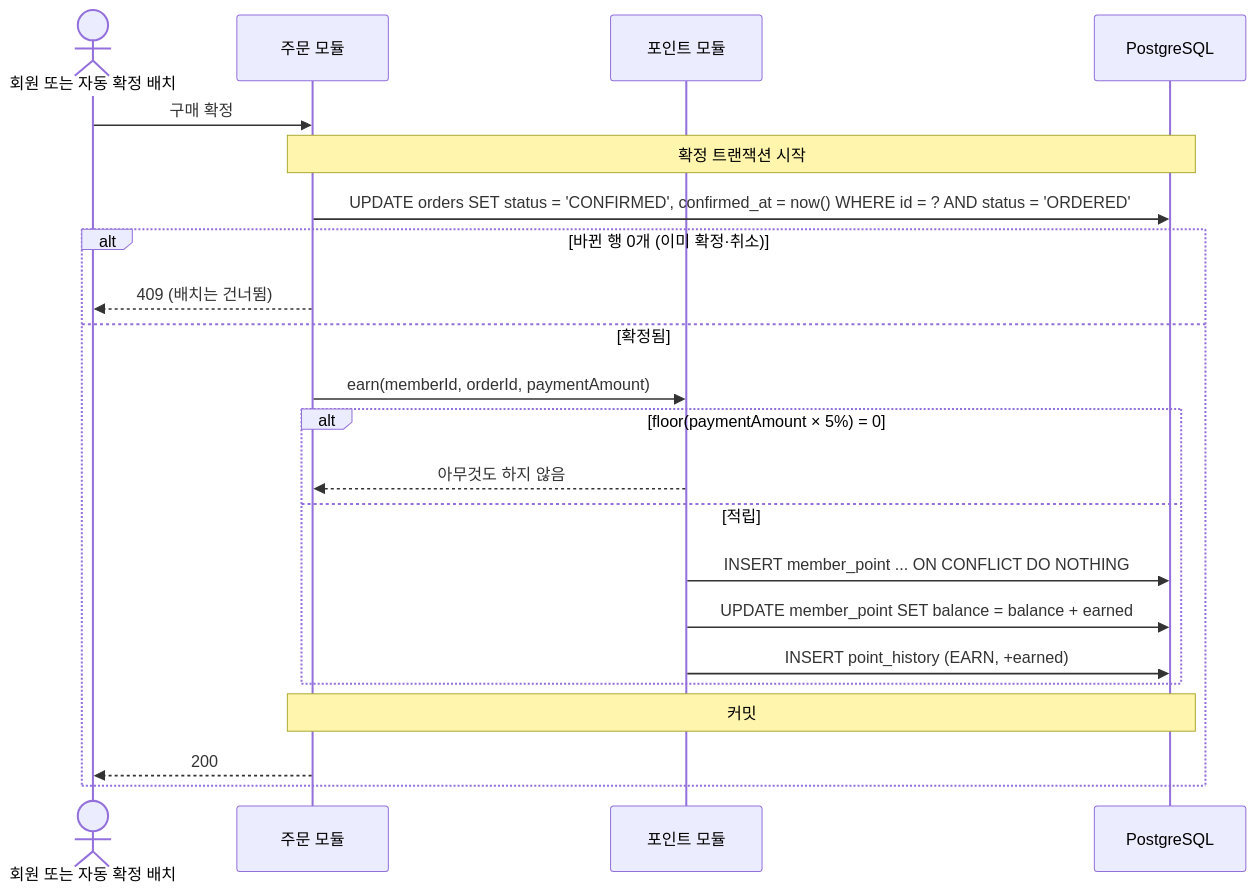
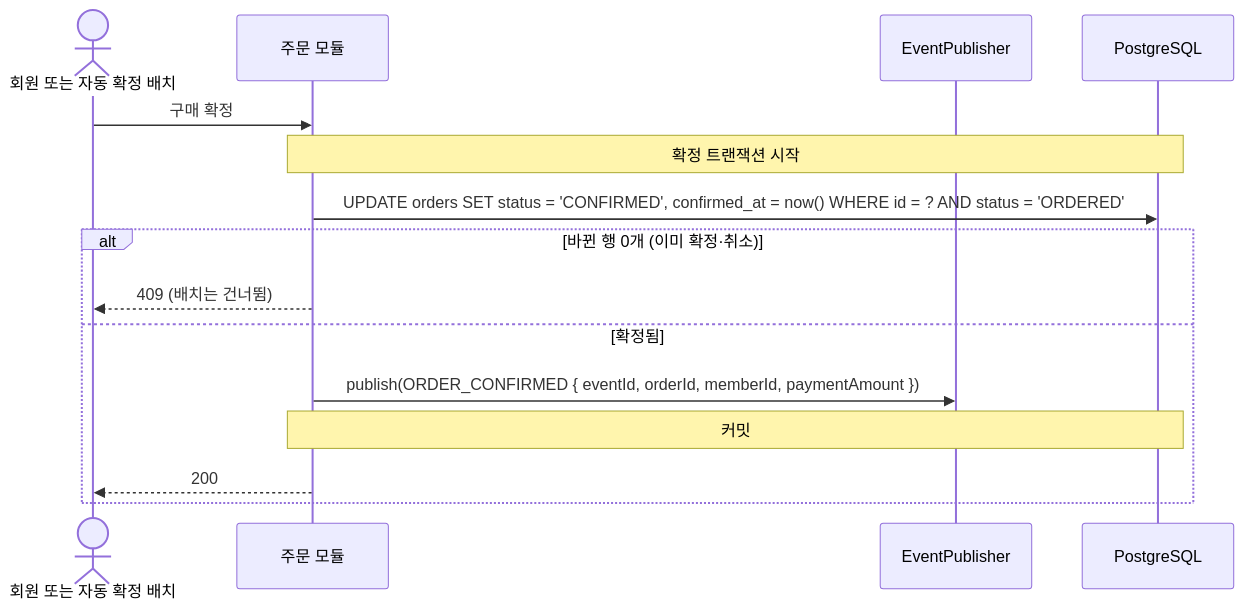
Before and after one commit to KAPUIST/flash-gate: the third of 6 diagrams in docs/features/point/flows.md, drawn with Mermaid. The commit also changed other lines of this file and 14 other files, not shown here.

````diff
--- a/docs/features/point/flows.md
+++ b/docs/features/point/flows.md
@@ -135,25 +138,18 @@
 ```mermaid
 sequenceDiagram
     actor U as 회원 또는 자동 확정 배치
     participant O as 주문 모듈
-    participant P as 포인트 모듈
+    participant E as EventPublisher
     participant D as PostgreSQL
 
     U->>O: 구매 확정
     Note over O,D: 확정 트랜잭션 시작
     O->>D: UPDATE orders SET status = 'CONFIRMED', confirmed_at = now() WHERE id = ? AND status = 'ORDERED'
     alt 바뀐 행 0개 (이미 확정·취소)
         O-->>U: 409 (배치는 건너뜀)
     else 확정됨
-        O->>P: earn(memberId, orderId, paymentAmount)
-        alt floor(paymentAmount × 5%) = 0
-            P-->>O: 아무것도 하지 않음
-        else 적립
-            P->>D: INSERT member_point ... ON CONFLICT DO NOTHING
-            P->>D: UPDATE member_point SET balance = balance + earned
-            P->>D: INSERT point_history (EARN, +earned)
-        end
+        O->>E: publish(ORDER_CONFIRMED { eventId, orderId, memberId, paymentAmount })
         Note over O,D: 커밋
         O-->>U: 200
     end
 ```
````
